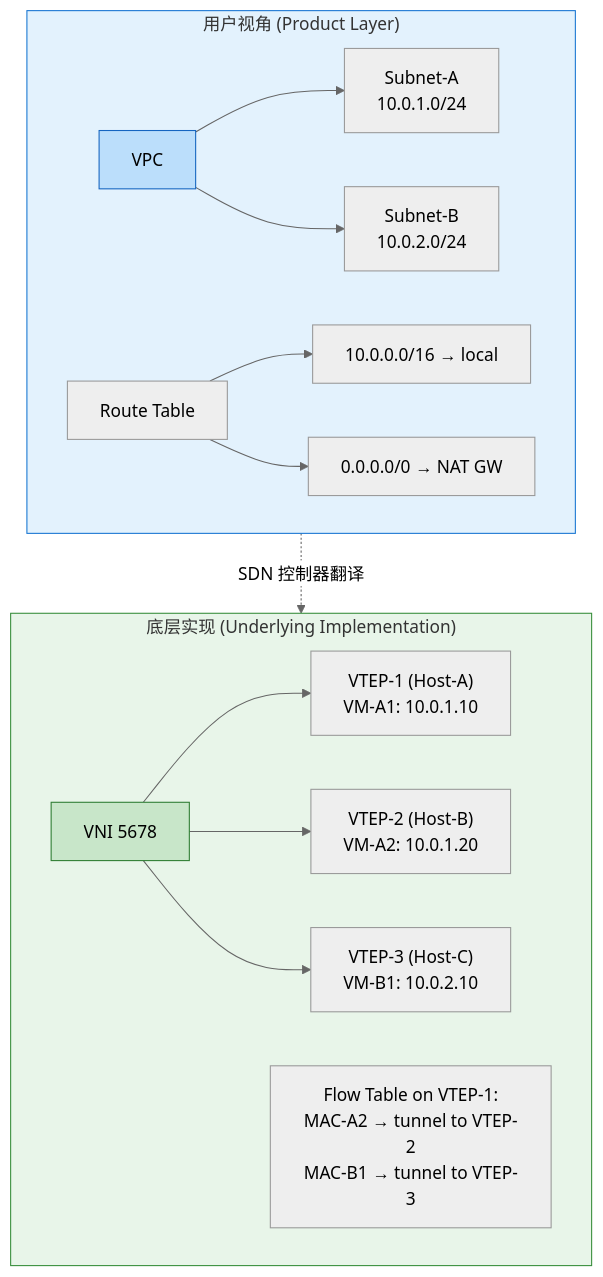
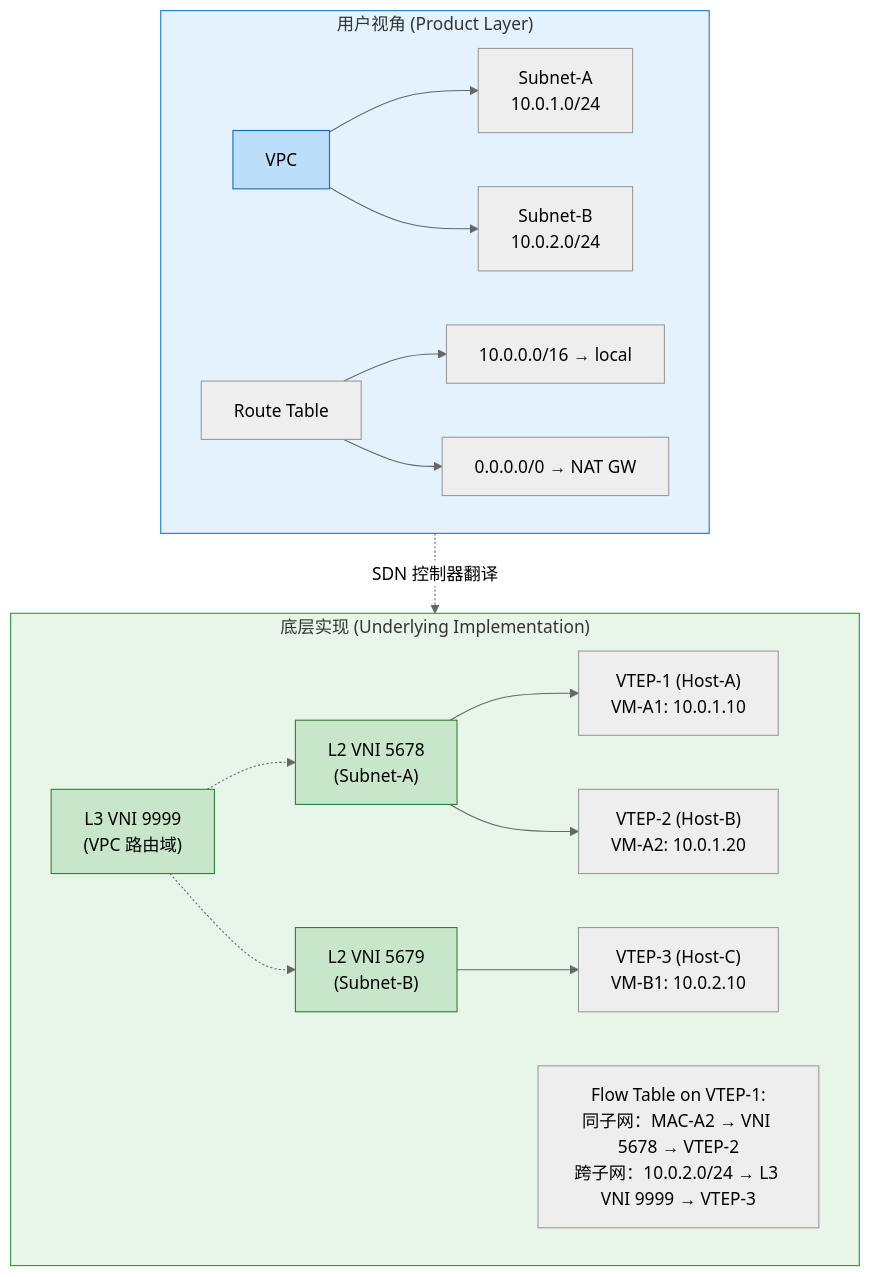
Before and after one commit to caozhiyi/network-book: the third of 4 diagrams in docs/07.VPC是什么从网络技术到云产品.md, drawn with Mermaid (neutral theme). The commit also changed other lines of this file and 44 other files, not shown here.

Commit message:
optimize chapter content, add copyright/social links and schema overrides.

````diff
--- a/docs/07.VPC是什么从网络技术到云产品.md
+++ b/docs/07.VPC是什么从网络技术到云产品.md
@@ -127,23 +127,28 @@
 ```mermaid
 graph TB
     subgraph user["用户视角 (Product Layer)"]
         VPC["VPC"] --> SA["Subnet-A<br/>10.0.1.0/24"]
         VPC --> SB["Subnet-B<br/>10.0.2.0/24"]
         RT["Route Table"] --> R1["10.0.0.0/16 → local"]
         RT --> R2["0.0.0.0/0 → NAT GW"]
     end
 
     subgraph impl["底层实现 (Underlying Implementation)"]
-        VNI["VNI 5678"] --> VTEP1["VTEP-1 (Host-A)<br/>VM-A1: 10.0.1.10"]
-        VNI --> VTEP2["VTEP-2 (Host-B)<br/>VM-A2: 10.0.1.20"]
-        VNI --> VTEP3["VTEP-3 (Host-C)<br/>VM-B1: 10.0.2.10"]
-        FT["Flow Table on VTEP-1:<br/>MAC-A2 → tunnel to VTEP-2<br/>MAC-B1 → tunnel to VTEP-3"]
+        L3VNI["L3 VNI 9999<br/>(VPC 路由域)"]
+        VNIA["L2 VNI 5678<br/>(Subnet-A)"] --> VTEP1["VTEP-1 (Host-A)<br/>VM-A1: 10.0.1.10"]
+        VNIA --> VTEP2["VTEP-2 (Host-B)<br/>VM-A2: 10.0.1.20"]
+        VNIB["L2 VNI 5679<br/>(Subnet-B)"] --> VTEP3["VTEP-3 (Host-C)<br/>VM-B1: 10.0.2.10"]
+        L3VNI -.-> VNIA
+        L3VNI -.-> VNIB
+        FT["Flow Table on VTEP-1:<br/>同子网：MAC-A2 → VNI 5678 → VTEP-2<br/>跨子网：10.0.2.0/24 → L3 VNI 9999 → VTEP-3"]
     end
 
     user -.->|"SDN 控制器翻译"| impl
 
     style user fill:#e3f2fd,stroke:#1976d2
     style impl fill:#e8f5e9,stroke:#388e3c
     style VPC fill:#bbdefb,stroke:#1565c0
-    style VNI fill:#c8e6c9,stroke:#2e7d32
+    style L3VNI fill:#c8e6c9,stroke:#2e7d32
+    style VNIA fill:#c8e6c9,stroke:#2e7d32
+    style VNIB fill:#c8e6c9,stroke:#2e7d32
 ```
````
